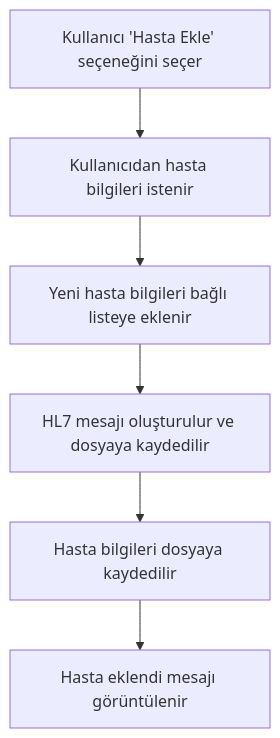
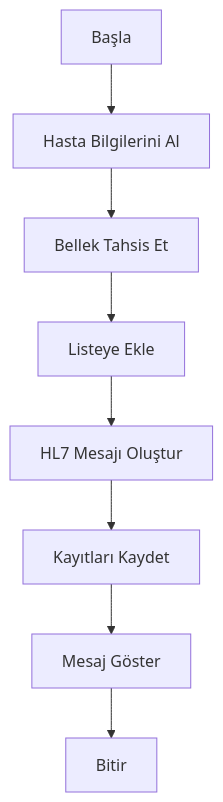
Before and after one commit to edaaerol/hastane-acil-servis: the second of 4 diagrams in PROJE_ANALIZ.md, drawn with Mermaid. The commit also changed other lines of this file, not shown here.

````diff
--- a/PROJE_ANALIZ.md
+++ b/PROJE_ANALIZ.md
@@ -11,8 +74,10 @@
 ```mermaid
 graph TD;
-    A["Kullanıcı 'Hasta Ekle' seçeneğini seçer"] --> B["Kullanıcıdan hasta bilgileri istenir"];
-    B --> C["Yeni hasta bilgileri bağlı listeye eklenir"];
-    C --> D["HL7 mesajı oluşturulur ve dosyaya kaydedilir"];
-    D --> E["Hasta bilgileri dosyaya kaydedilir"];
-    E --> F["Hasta eklendi mesajı görüntülenir"];
+    A[Başla] --> B[Hasta Bilgilerini Al]
+    B --> C[Bellek Tahsis Et]
+    C --> D[Listeye Ekle]
+    D --> E[HL7 Mesajı Oluştur]
+    E --> F[Kayıtları Kaydet]
+    F --> G[Mesaj Göster]
+    G --> H[Bitir]
 ```
````
